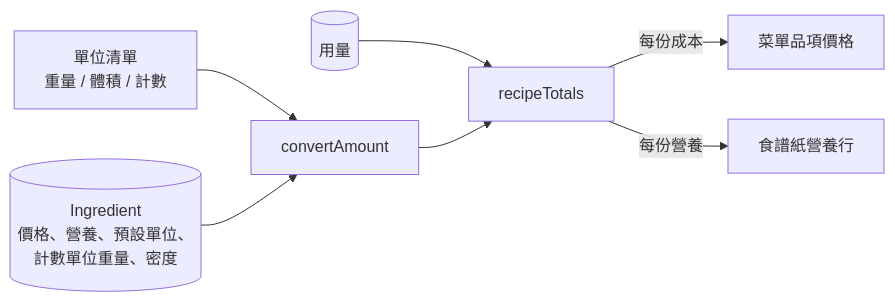
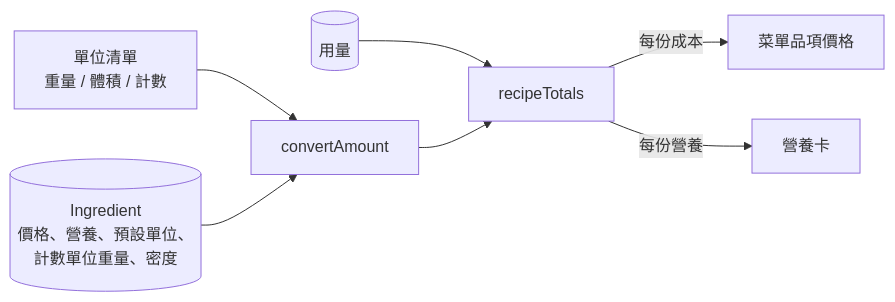
One commit to piercelin11/epifolio changed the diagram in docs/features/dish-totals.md. Above: the diagram before and after it, drawn with Mermaid. The commit also changed other lines of this file and 12 other files, not shown here.

````diff
--- a/docs/features/dish-totals.md
+++ b/docs/features/dish-totals.md
@@ -23,9 +23,9 @@
 ```mermaid
 flowchart LR
     UNITS[單位清單<br/>重量 / 體積 / 計數] --> CONV[convertAmount]
     ING[(Ingredient<br/>價格、營養、預設單位、<br/>計數單位重量、密度)] --> CONV
     LINES[(用量)] --> TOT[recipeTotals]
     CONV --> TOT
     TOT -->|每份成本| PRICE[菜單品項價格]
-    TOT -->|每份營養| SHEET[食譜紙營養行]
+    TOT -->|每份營養| SHEET[營養卡]
 ```
````
